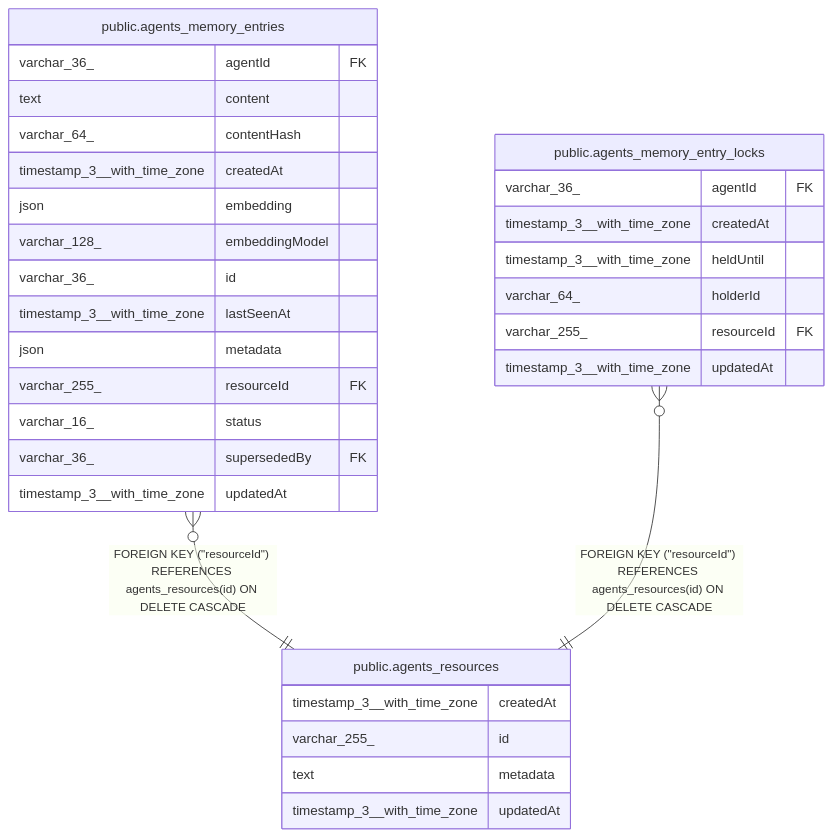
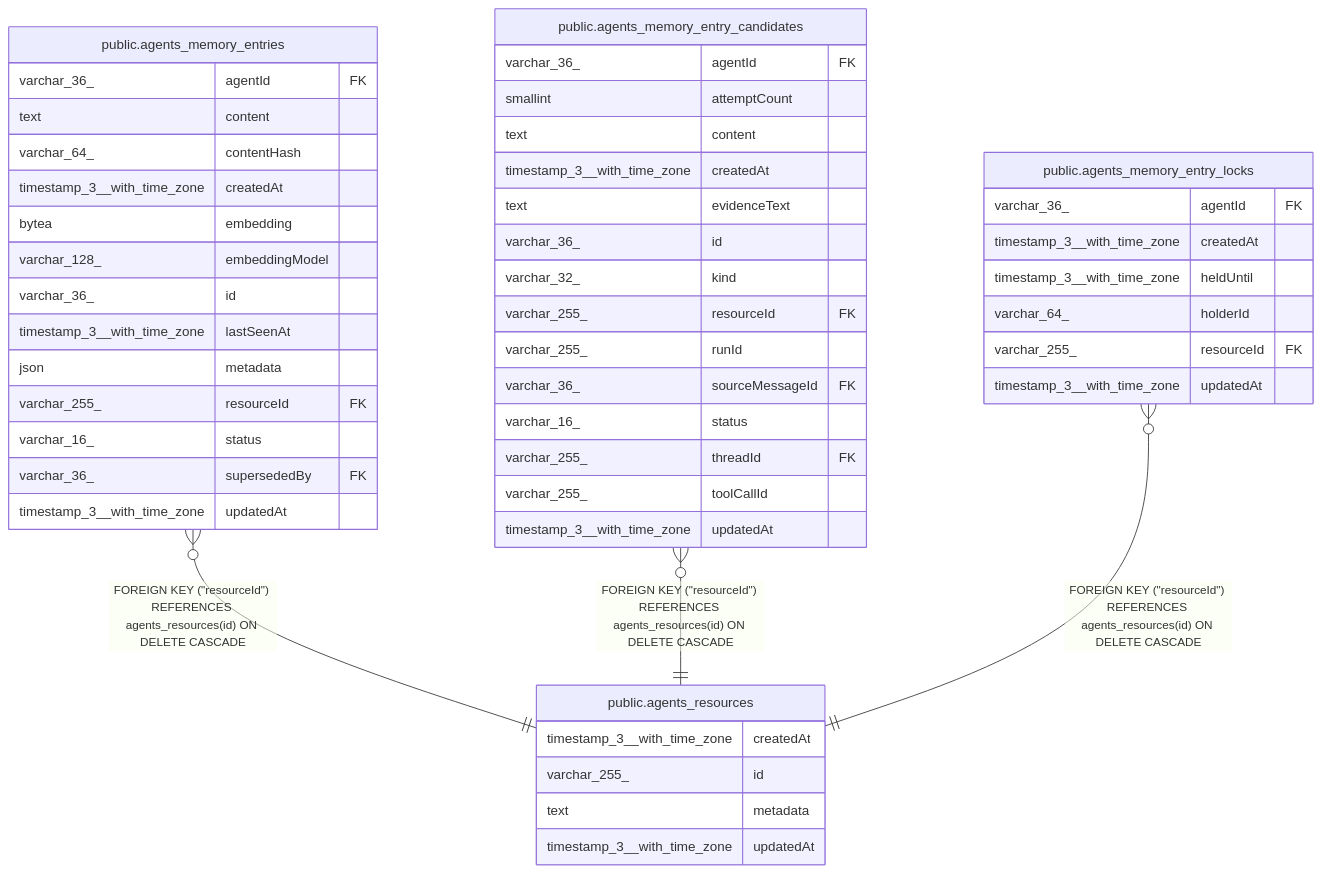
Before and after one commit to koreatest12/studys: the diagram in n8n_integration/n8n_source/docs/generated/postgres-schema/public.agents_resources.md, drawn with Mermaid. The commit also changed other lines of this file and 23019 other files, not shown here.

````diff
--- a/n8n_integration/n8n_source/docs/generated/postgres-schema/public.agents_resources.md
+++ b/n8n_integration/n8n_source/docs/generated/postgres-schema/public.agents_resources.md
@@ -29,36 +29,53 @@
 ```mermaid
 erDiagram
 
 "public.agents_memory_entries" }o--|| "public.agents_resources" : "FOREIGN KEY (#quot;resourceId#quot;) REFERENCES agents_resources(id) ON DELETE CASCADE"
+"public.agents_memory_entry_candidates" }o--|| "public.agents_resources" : "FOREIGN KEY (#quot;resourceId#quot;) REFERENCES agents_resources(id) ON DELETE CASCADE"
 "public.agents_memory_entry_locks" }o--|| "public.agents_resources" : "FOREIGN KEY (#quot;resourceId#quot;) REFERENCES agents_resources(id) ON DELETE CASCADE"
 
 "public.agents_resources" {
   timestamp_3__with_time_zone createdAt
   varchar_255_ id
   text metadata
   timestamp_3__with_time_zone updatedAt
 }
 "public.agents_memory_entries" {
   varchar_36_ agentId FK
   text content
   varchar_64_ contentHash
   timestamp_3__with_time_zone createdAt
-  json embedding
+  bytea embedding
   varchar_128_ embeddingModel
   varchar_36_ id
   timestamp_3__with_time_zone lastSeenAt
   json metadata
   varchar_255_ resourceId FK
   varchar_16_ status
   varchar_36_ supersededBy FK
+  timestamp_3__with_time_zone updatedAt
+}
+"public.agents_memory_entry_candidates" {
+  varchar_36_ agentId FK
+  smallint attemptCount
+  text content
+  timestamp_3__with_time_zone createdAt
+  text evidenceText
+  varchar_36_ id
+  varchar_32_ kind
+  varchar_255_ resourceId FK
+  varchar_255_ runId
+  varchar_36_ sourceMessageId FK
+  varchar_16_ status
+  varchar_255_ threadId FK
+  varchar_255_ toolCallId
   timestamp_3__with_time_zone updatedAt
 }
 "public.agents_memory_entry_locks" {
   varchar_36_ agentId FK
   timestamp_3__with_time_zone createdAt
   timestamp_3__with_time_zone heldUntil
   varchar_64_ holderId
   varchar_255_ resourceId FK
   timestamp_3__with_time_zone updatedAt
 }
 ```
````
